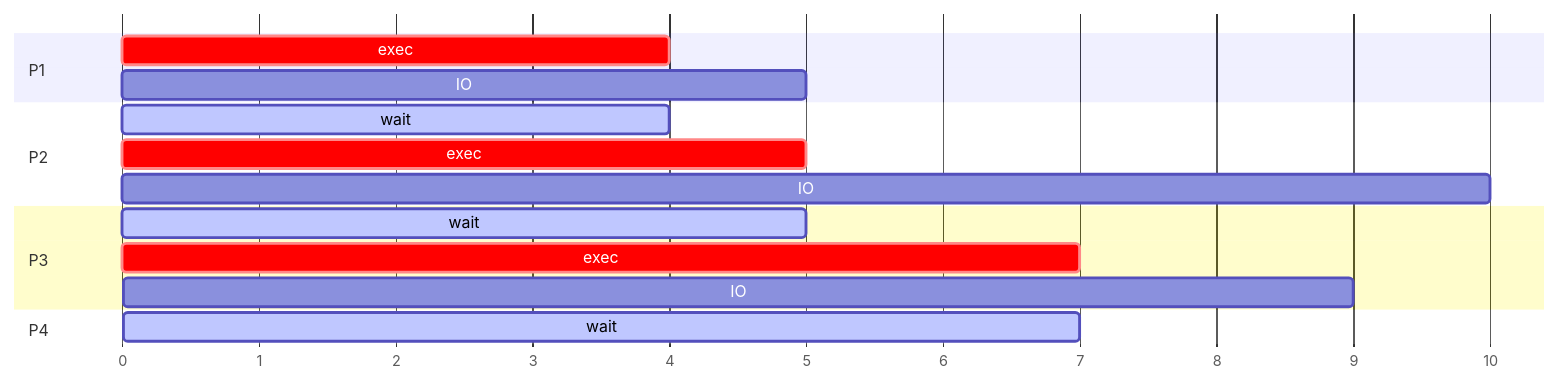
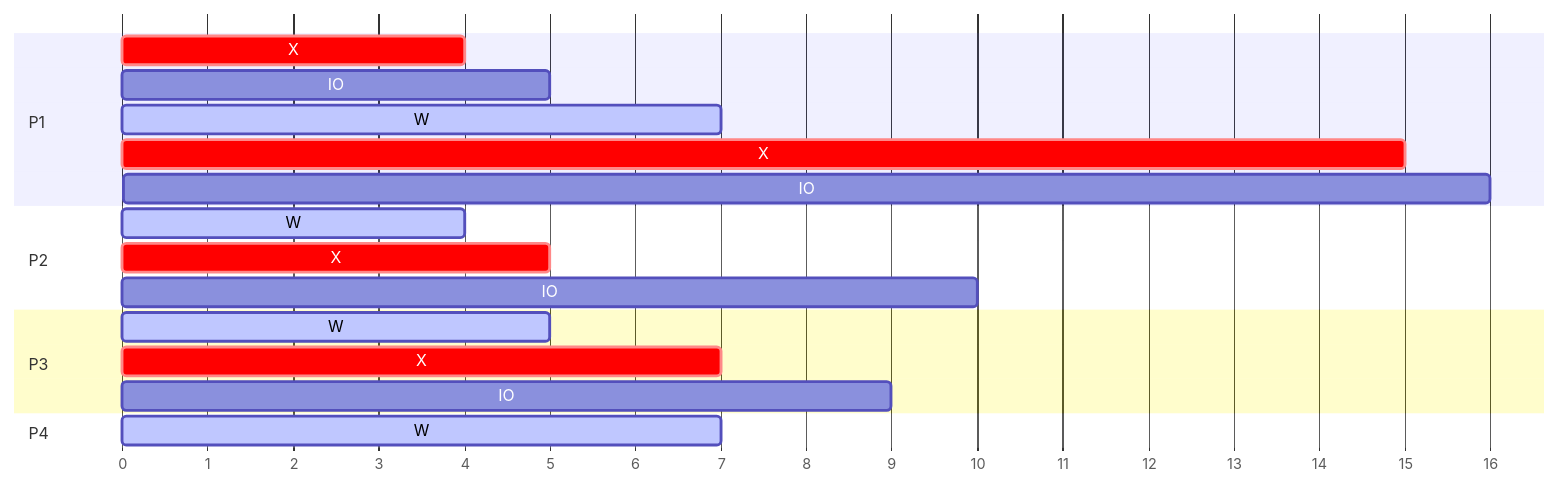
The diagram in CS/OS/data/25_scheduling.md (angelromarco04/MyNotes), drawn with Mermaid before and after one commit. The commit also changed 1 other file, not shown here.

Commit message:
vault backup: 2024-03-25 19:30:06

````diff
--- a/CS/OS/data/25_scheduling.md
+++ b/CS/OS/data/25_scheduling.md
@@ -41,23 +41,26 @@
 ```mermaid
 ---
 displayMode: compact
 ---
 gantt
     dateFormat X
     axisFormat %s
     
     section P1
-        exec    : crit, a, 0, 4
+        X       : crit, a, 0, 4
         IO      : a, 4, 5
+		W       : active, a, 5, 7
+		X       : crit, a, 7, 15
+		IO      : a, 15, 16
     section P2
-	    wait    : active, b, 2, 4
-	    exec    : crit, a, 4, 5
-	    IO      : a, 5, 10
+	    W       : active, b, 2, 4
+	    X       : crit, b, 4, 5
+	    IO      : b, 5, 10
 	section P3
-		wait    : active, b, 4, 5
-		exec    : crit, a, 5, 7
-	    IO      : a, 7, 9
+		W       : active, c, 4, 5
+		X       : crit, c, 5, 7
+	    IO      : c, 7, 9
 	section P4
-		wait    : active, b, 6, 7
+		W       : active, d, 6, 7
 
 ```
````
